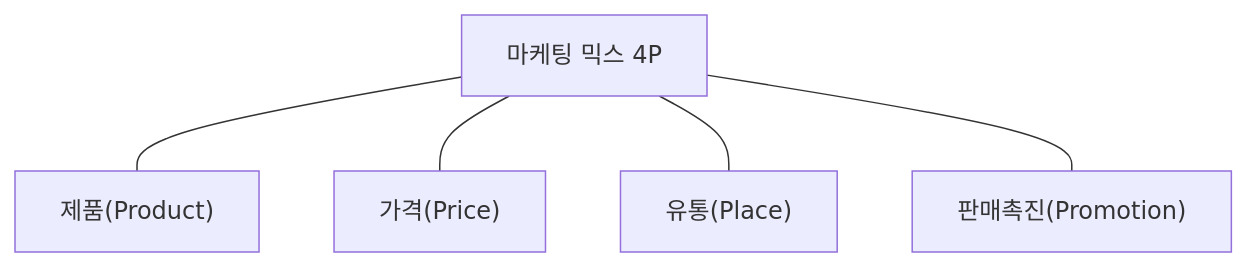
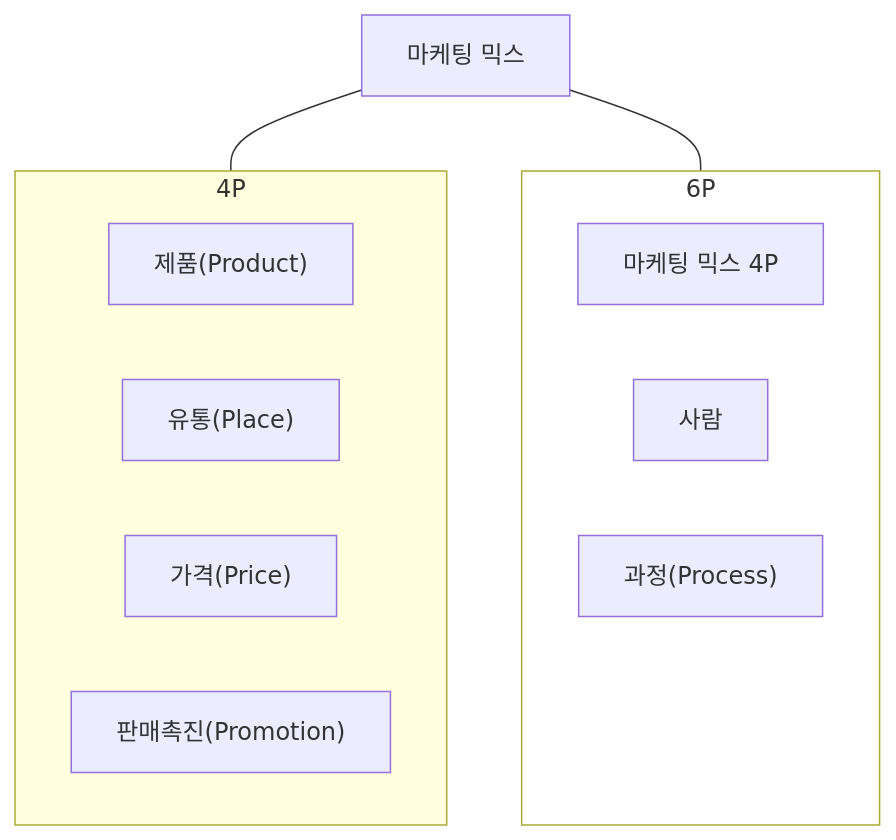
The diagram in 1103서비스운영관리.qmd (yeonkyupark/pepc2e), drawn with Mermaid before and after one commit. The commit also changed other lines of this file, not shown here.

````diff
--- a/1103서비스운영관리.qmd
+++ b/1103서비스운영관리.qmd
@@ -197,10 +200,21 @@
 ```{mermaid}
 flowchart TB
-    0["마케팅 믹스 4P"]
-    11["제품(Product)"]
-    12["유통(Place)"]
-    13["가격(Price)"]
-    14["판매촉진(Promotion)"]
+    subgraph s1["4P"]
     
-    0 --- 11 & 13 & 12 & 14
+        11["제품(Product)"]
+        12["유통(Place)"]
+        13["가격(Price)"]
+        14["판매촉진(Promotion)"]
+    end 
+
+    subgraph s2["6P"]
+        20["마케팅 믹스 4P"]
+        21["사람"]
+        22["과정(Process)"]
+        23[투명노드]
+    end
+    style s2 fill:#ffffff
+    style 23 fill:none,stroke:none,color:#fff,opacity:0    
+
+    s0["마케팅 믹스"] --- s1 & s2
 ```
````
